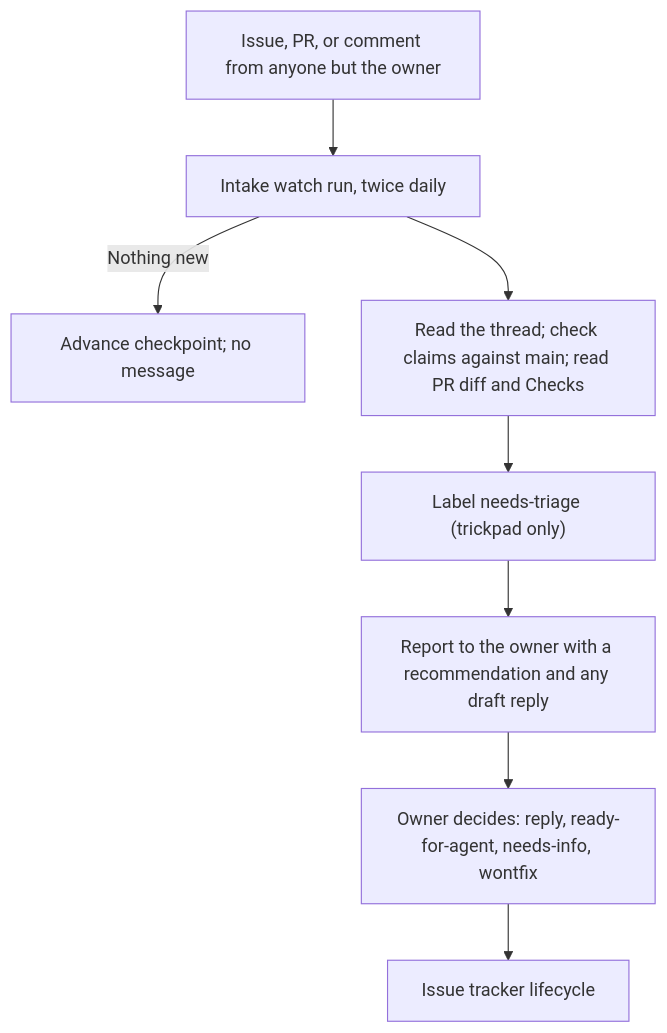
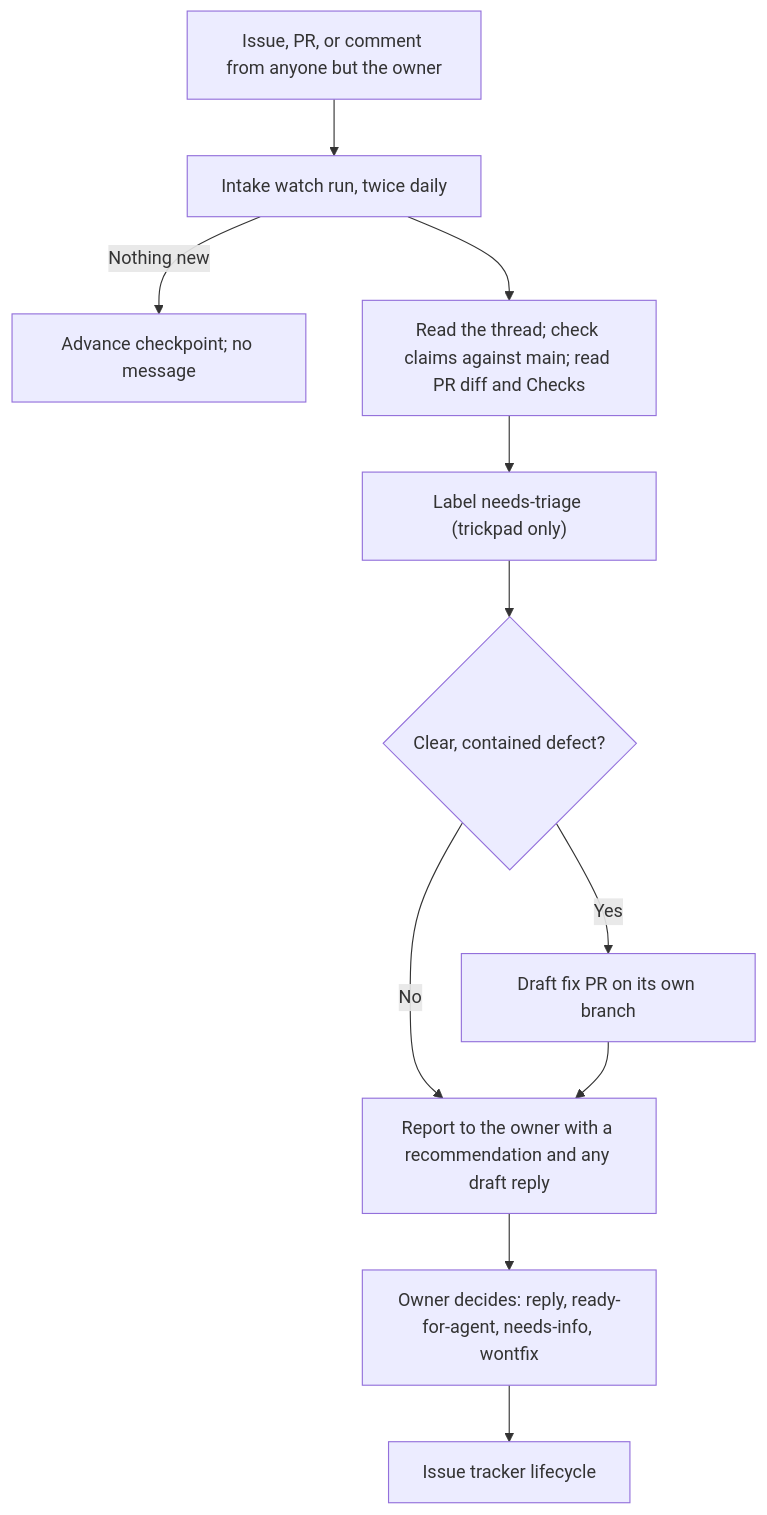
Before and after one commit to nweii/trickpad: the diagram in docs/agents/factory.md, drawn with Mermaid. The commit also changed other lines of this file, not shown here.

First line of the commit message:
docs: let the intake watch draft fixes for contained defects

````diff
--- a/docs/agents/factory.md
+++ b/docs/agents/factory.md
@@ -7,10 +7,13 @@
 ```mermaid
 flowchart TD
     Outside["Issue, PR, or comment from anyone but the owner"] --> Watch["Intake watch run, twice daily"]
     Watch -->|Nothing new| Quiet["Advance checkpoint; no message"]
     Watch --> Read["Read the thread; check claims against main; read PR diff and Checks"]
     Read --> Label["Label needs-triage (trickpad only)"]
-    Label --> Report["Report to the owner with a recommendation and any draft reply"]
+    Label --> Fix{"Clear, contained defect?"}
+    Fix -->|Yes| Draft["Draft fix PR on its own branch"]
+    Fix -->|No| Report
+    Draft --> Report["Report to the owner with a recommendation and any draft reply"]
     Report --> Owner["Owner decides: reply, ready-for-agent, needs-info, wontfix"]
     Owner --> Lifecycle["Issue tracker lifecycle"]
 ```
````
